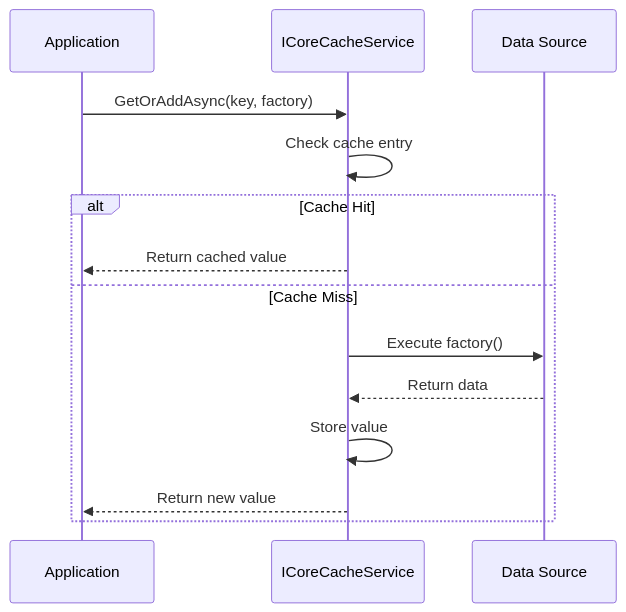
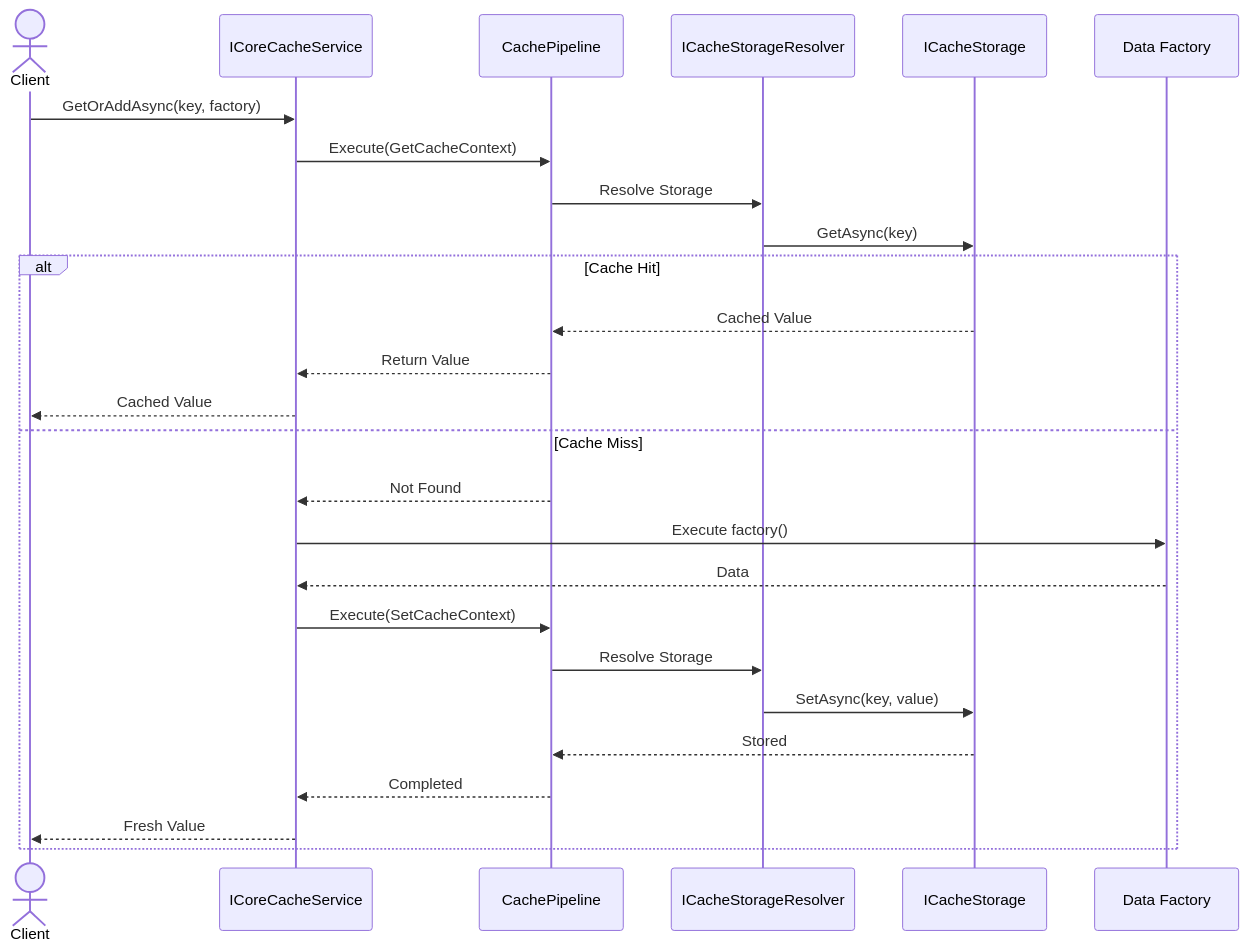
Before and after one commit to FEDERIN/CoreSystem: the fourth of 4 diagrams in src/Core.DistributedCache/README.md, drawn with Mermaid. The commit also changed other lines of this file and 163 other files, not shown here.

````diff
--- a/src/Core.DistributedCache/README.md
+++ b/src/Core.DistributedCache/README.md
@@ -143,27 +222,47 @@
 ```mermaid
 sequenceDiagram
 
-    participant App as Application
+    actor Client
+
     participant Cache as ICoreCacheService
-    participant DB as Data Source
+    participant Pipeline as CachePipeline
+    participant Resolver as ICacheStorageResolver
+    participant Storage as ICacheStorage
+    participant Factory as Data Factory
 
-    App->>Cache: GetOrAddAsync(key, factory)
+    Client->>Cache: GetOrAddAsync(key, factory)
 
-    Cache->>Cache: Check cache entry
+    Cache->>Pipeline: Execute(GetCacheContext)
+
+    Pipeline->>Resolver: Resolve Storage
+
+    Resolver->>Storage: GetAsync(key)
 
     alt Cache Hit
 
-        Cache-->>App: Return cached value
+        Storage-->>Pipeline: Cached Value
+        Pipeline-->>Cache: Return Value
+        Cache-->>Client: Cached Value
 
     else Cache Miss
 
-        Cache->>DB: Execute factory()
+        Pipeline-->>Cache: Not Found
 
-        DB-->>Cache: Return data
+        Cache->>Factory: Execute factory()
 
-        Cache->>Cache: Store value
+        Factory-->>Cache: Data
 
-        Cache-->>App: Return new value
+        Cache->>Pipeline: Execute(SetCacheContext)
+
+        Pipeline->>Resolver: Resolve Storage
+
+        Resolver->>Storage: SetAsync(key, value)
+
+        Storage-->>Pipeline: Stored
+
+        Pipeline-->>Cache: Completed
+
+        Cache-->>Client: Fresh Value
 
     end
 ```
````
